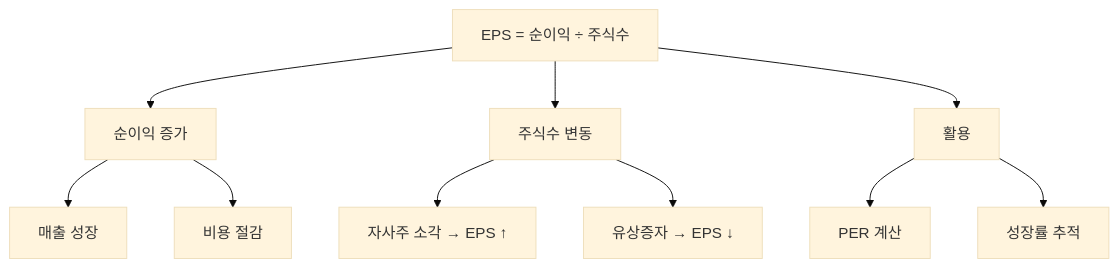
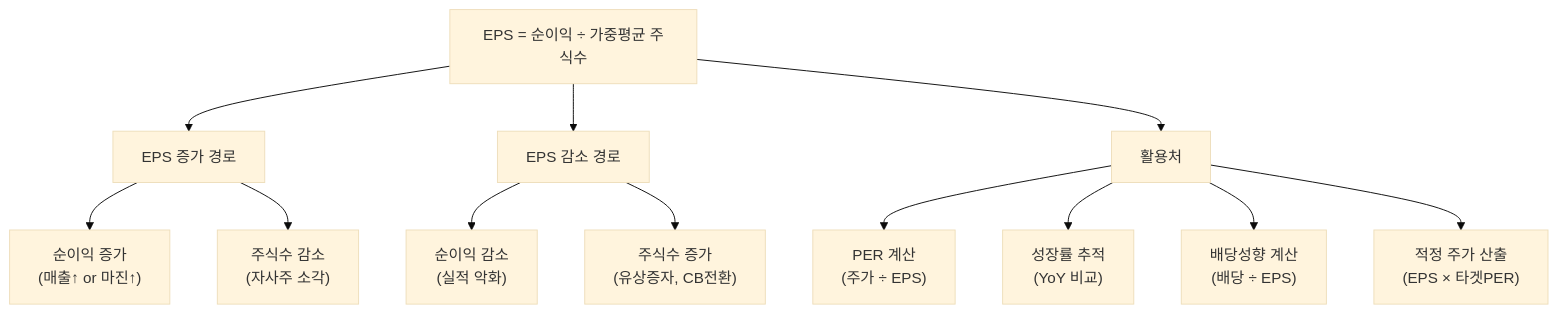
One commit to yeongseon/stock-visual-note changed the diagram in content/stock-terms/ko/level-05-valuation/eps.md. Above: the diagram before and after it, drawn with Mermaid (base theme). The commit also changed other lines of this file, not shown here.

Commit message:
content: rewrite eps.md — 희석 EPS 시나리오, 3가지 EPS 버전, 적정주가 산출 프로세스, 12노드 Mermaid, 4개 오해 추가

````diff
--- a/content/stock-terms/ko/level-05-valuation/eps.md
+++ b/content/stock-terms/ko/level-05-valuation/eps.md
@@ -39,13 +47,19 @@
 ```mermaid
 graph TD
-    A["EPS = 순이익 ÷ 주식수"]
-    A --> B["순이익 증가"]
-    A --> C["주식수 변동"]
-    B --> B1["매출 성장"]
-    B --> B2["비용 절감"]
-    C --> C1["자사주 소각 → EPS ↑"]
-    C --> C2["유상증자 → EPS ↓"]
-    A --> D["활용"]
-    D --> D1["PER 계산"]
-    D --> D2["성장률 추적"]
+    A["EPS = 순이익 ÷ 가중평균 주식수"]
+
+    A --> B["EPS 증가 경로"]
+    A --> C["EPS 감소 경로"]
+
+    B --> B1["순이익 증가<br>(매출↑ or 마진↑)"]
+    B --> B2["주식수 감소<br>(자사주 소각)"]
+
+    C --> C1["순이익 감소<br>(실적 악화)"]
+    C --> C2["주식수 증가<br>(유상증자, CB전환)"]
+
+    A --> D["활용처"]
+    D --> D1["PER 계산<br>(주가 ÷ EPS)"]
+    D --> D2["성장률 추적<br>(YoY 비교)"]
+    D --> D3["배당성향 계산<br>(배당 ÷ EPS)"]
+    D --> D4["적정 주가 산출<br>(EPS × 타겟PER)"]
 ```
````
